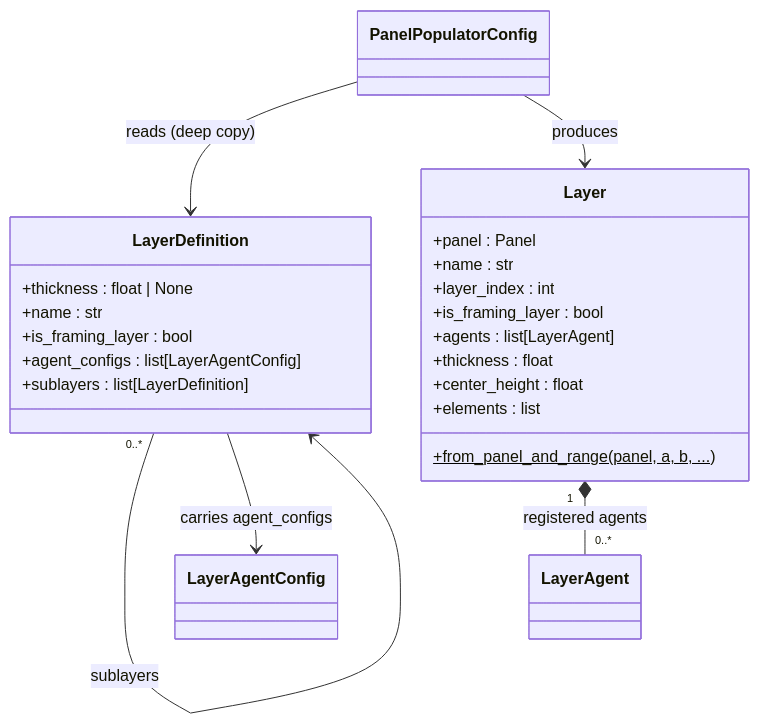
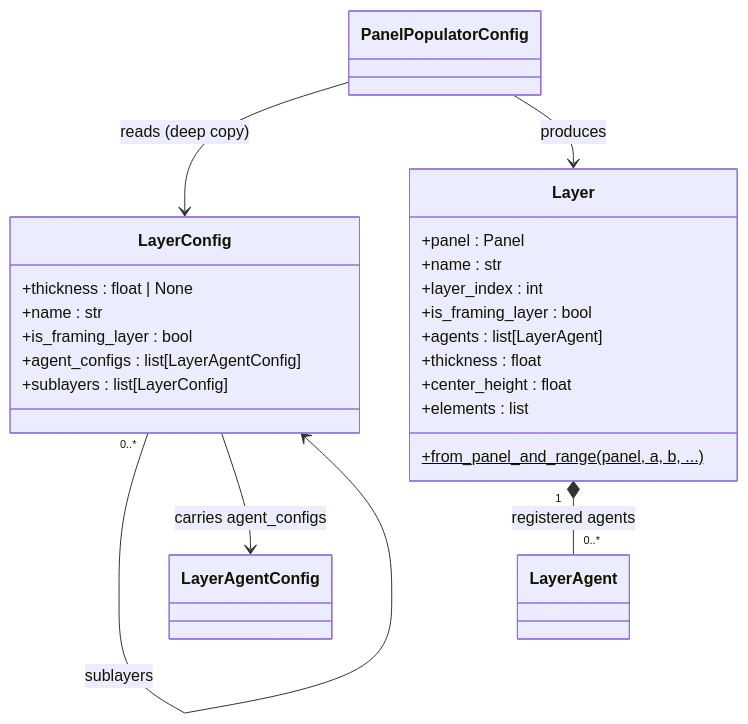
Before and after one commit to gramaziokohler/timber_design: the third of 7 diagrams in docs/contribution/class_diagrams.md, drawn with Mermaid. The commit also changed other lines of this file and 34 other files, not shown here.

Commit message:
I think config to agent workflow is working well

````diff
--- a/docs/contribution/class_diagrams.md
+++ b/docs/contribution/class_diagrams.md
@@ -154,29 +154,29 @@
 ```mermaid
 classDiagram
 
-    class LayerDefinition {
+    class LayerConfig {
         +thickness : float | None
         +name : str
         +is_framing_layer : bool
         +agent_configs : list[LayerAgentConfig]
-        +sublayers : list[LayerDefinition]
+        +sublayers : list[LayerConfig]
     }
 
     class Layer {
         +panel : Panel
         +name : str
         +layer_index : int
         +is_framing_layer : bool
         +agents : list[LayerAgent]
         +thickness : float
         +center_height : float
         +elements : list
         +from_panel_and_range(panel, a, b, ...)$
     }
 
-    LayerDefinition "0..*" --> LayerDefinition : sublayers
-    LayerDefinition --> LayerAgentConfig : carries agent_configs
+    LayerConfig "0..*" --> LayerConfig : sublayers
+    LayerConfig --> LayerAgentConfig : carries agent_configs
     Layer "1" *-- "0..*" LayerAgent : registered agents
-    PanelPopulatorConfig --> LayerDefinition : reads (deep copy)
+    PanelPopulatorConfig --> LayerConfig : reads (deep copy)
     PanelPopulatorConfig --> Layer : produces
 ```
````
